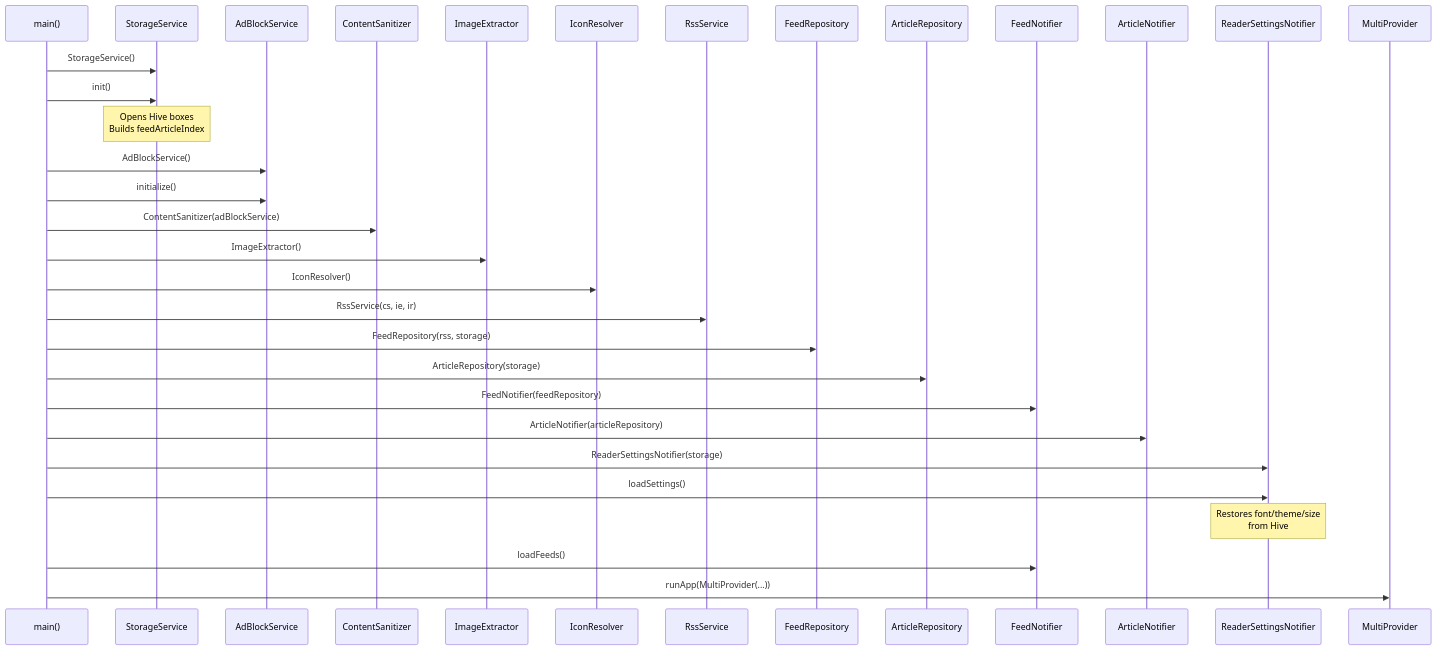
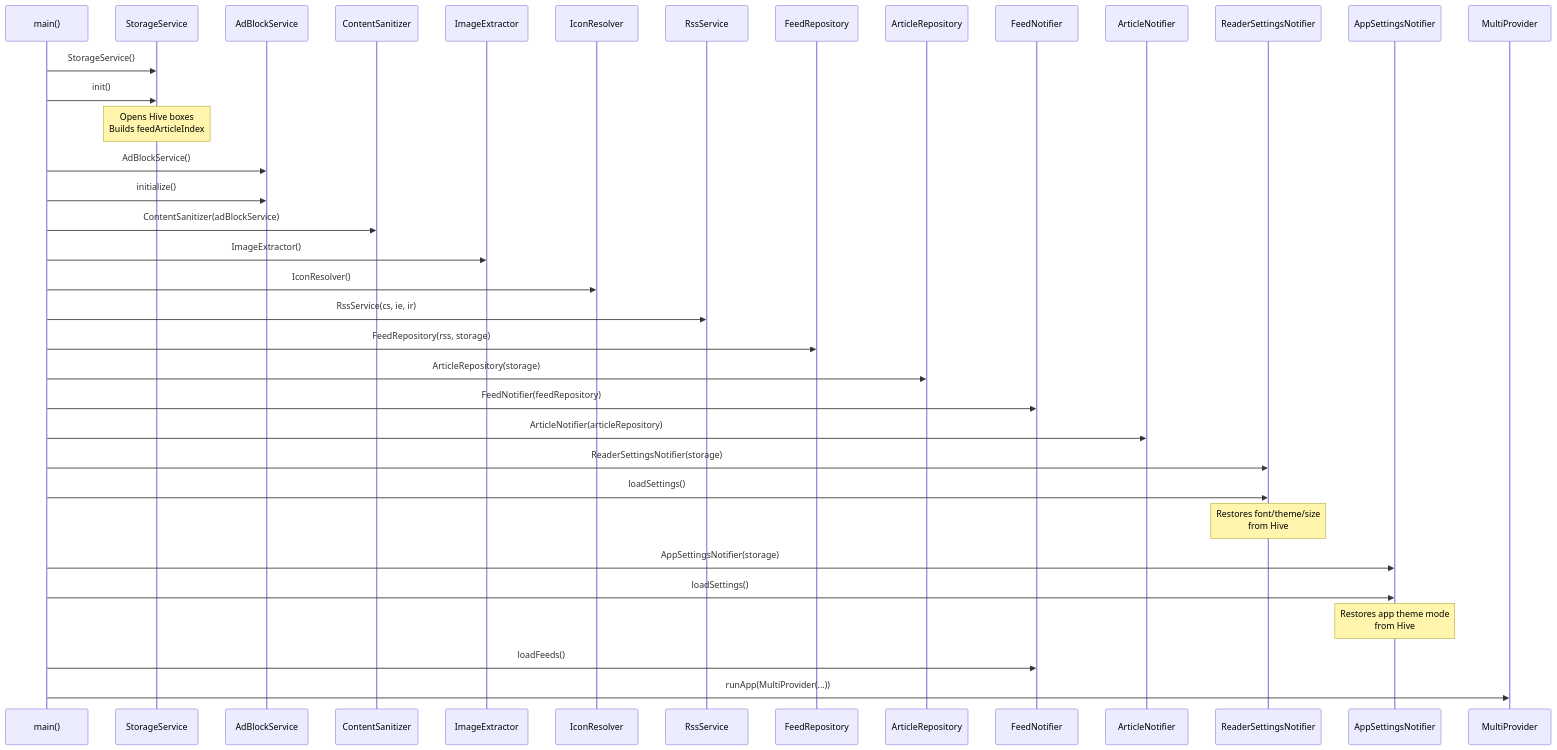
Before and after one commit to mohan-in/omit: the sixth of 6 diagrams in doc/SEQUENCE_DIAGRAMS.md, drawn with Mermaid. The commit also changed 12 other files, not shown here.

Commit message:
feat: implement global dark theme support and settings screen with theme mode selection

````diff
--- a/doc/SEQUENCE_DIAGRAMS.md
+++ b/doc/SEQUENCE_DIAGRAMS.md
@@ -212,40 +212,44 @@
 ```mermaid
 sequenceDiagram
     participant Main as main()
     participant SS as StorageService
     participant ABS as AdBlockService
     participant CS as ContentSanitizer
     participant IE as ImageExtractor
     participant IR as IconResolver
     participant RSS as RssService
     participant FR as FeedRepository
     participant AR as ArticleRepository
     participant FN as FeedNotifier
     participant AN as ArticleNotifier
     participant RSN as ReaderSettingsNotifier
+    participant ASN as AppSettingsNotifier
     participant App as MultiProvider
 
     Main->>SS: StorageService()
     Main->>SS: init()
     Note over SS: Opens Hive boxes<br/>Builds feedArticleIndex
 
     Main->>ABS: AdBlockService()
     Main->>ABS: initialize()
 
     Main->>CS: ContentSanitizer(adBlockService)
     Main->>IE: ImageExtractor()
     Main->>IR: IconResolver()
     Main->>RSS: RssService(cs, ie, ir)
 
     Main->>FR: FeedRepository(rss, storage)
     Main->>AR: ArticleRepository(storage)
 
     Main->>FN: FeedNotifier(feedRepository)
     Main->>AN: ArticleNotifier(articleRepository)
     Main->>RSN: ReaderSettingsNotifier(storage)
     Main->>RSN: loadSettings()
     Note over RSN: Restores font/theme/size<br/>from Hive
+    Main->>ASN: AppSettingsNotifier(storage)
+    Main->>ASN: loadSettings()
+    Note over ASN: Restores app theme mode<br/>from Hive
 
     Main->>FN: loadFeeds()
     Main->>App: runApp(MultiProvider(...))
 ```
````
